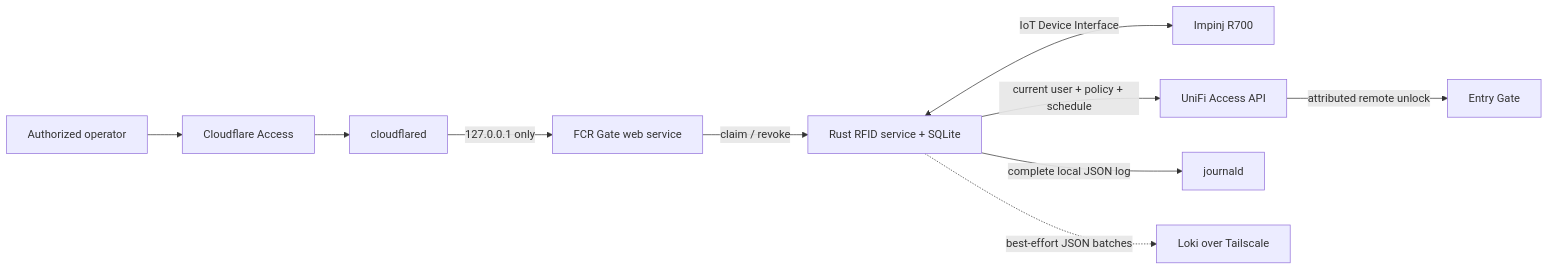
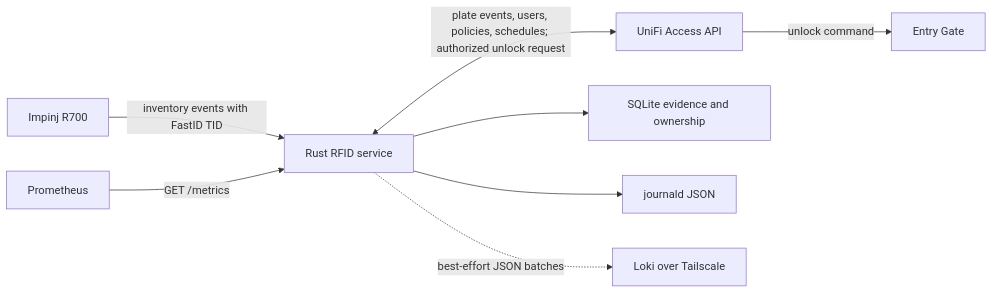
Before and after one commit to jpoehnelt/fcr-gate: the diagram in docs/gateway-services.md, drawn with Mermaid. The commit also changed other lines of this file and 14 other files, not shown here.

````diff
--- a/docs/gateway-services.md
+++ b/docs/gateway-services.md
@@ -13,12 +14,10 @@
 ```mermaid
 flowchart LR
-    U["Authorized operator"] --> A["Cloudflare Access"]
-    A --> T["cloudflared"]
-    T -->|"127.0.0.1 only"| W["FCR Gate web service"]
-    W -->|"claim / revoke"| E["Rust RFID service + SQLite"]
-    E <-->|"IoT Device Interface"| R["Impinj R700"]
-    E -->|"current user + policy + schedule"| UA["UniFi Access API"]
-    UA -->|"attributed remote unlock"| G["Entry Gate"]
-    E -->|"complete local JSON log"| J["journald"]
-    E -.->|"best-effort JSON batches"| L["Loki over Tailscale"]
+    R["Impinj R700"] -->|"inventory events with FastID TID"| S["Rust RFID service"]
+    S <-->|"plate events, users, policies, schedules; authorized unlock request"| U["UniFi Access API"]
+    U -->|"unlock command"| G["Entry Gate"]
+    S --> D["SQLite evidence and ownership"]
+    S --> J["journald JSON"]
+    S -.->|"best-effort JSON batches"| L["Loki over Tailscale"]
+    H["Prometheus"] -->|"GET /metrics"| S
 ```
````
